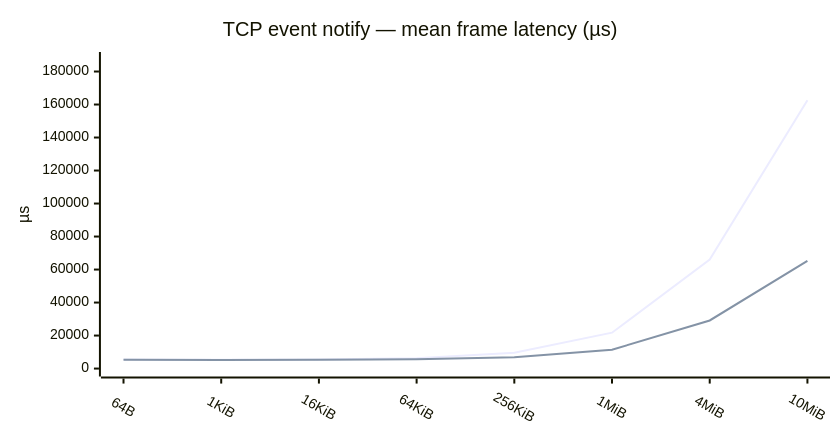
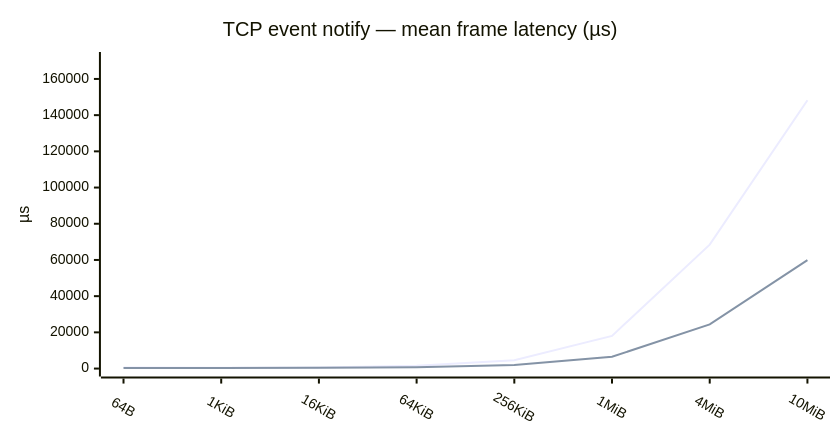
The first of 2 diagrams in vsomeip/results-snapshot.md (sgmenon/middleware-comparison), drawn with Mermaid before and after one commit. The commit also changed other lines of this file and 2 other files, not shown here.

````diff
--- a/vsomeip/results-snapshot.md
+++ b/vsomeip/results-snapshot.md
@@ -45,17 +45,17 @@
 ```mermaid
 ---
 config:
   xyChart:
     width: 820
     height: 420
     showLegend: true
     xAxis:
       labelRotation: 30
 ---
 xychart-beta
     title "TCP event notify — mean frame latency (µs)"
     x-axis [64B, 1KiB, 16KiB, 64KiB, 256KiB, 1MiB, 4MiB, 10MiB]
-    y-axis "µs" 0 --> 186980
-    line "covesa" [5448.863, 5350.230, 5475.734, 6258.129, 9566.528, 21746.400, 66041.190, 162590.122]
-    line "sgmenon" [5275.561, 5246.185, 5307.916, 5718.326, 6808.014, 11391.537, 29148.500, 65306.368]
+    y-axis "µs" 0 --> 170466
+    line "covesa" [601.600, 394.768, 635.284, 1526.010, 4598.980, 18043.282, 68460.335, 148230.048]
+    line "sgmenon" [348.722, 341.009, 420.943, 737.400, 1935.802, 6503.969, 24404.524, 59891.663]
 ```
````
